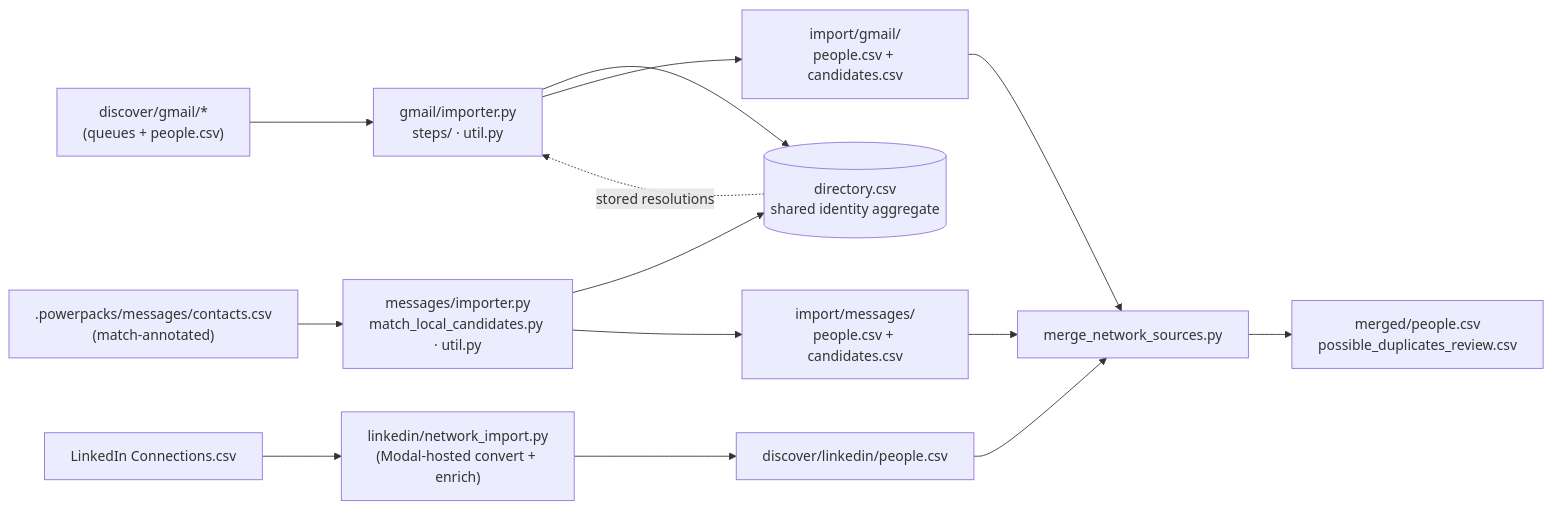
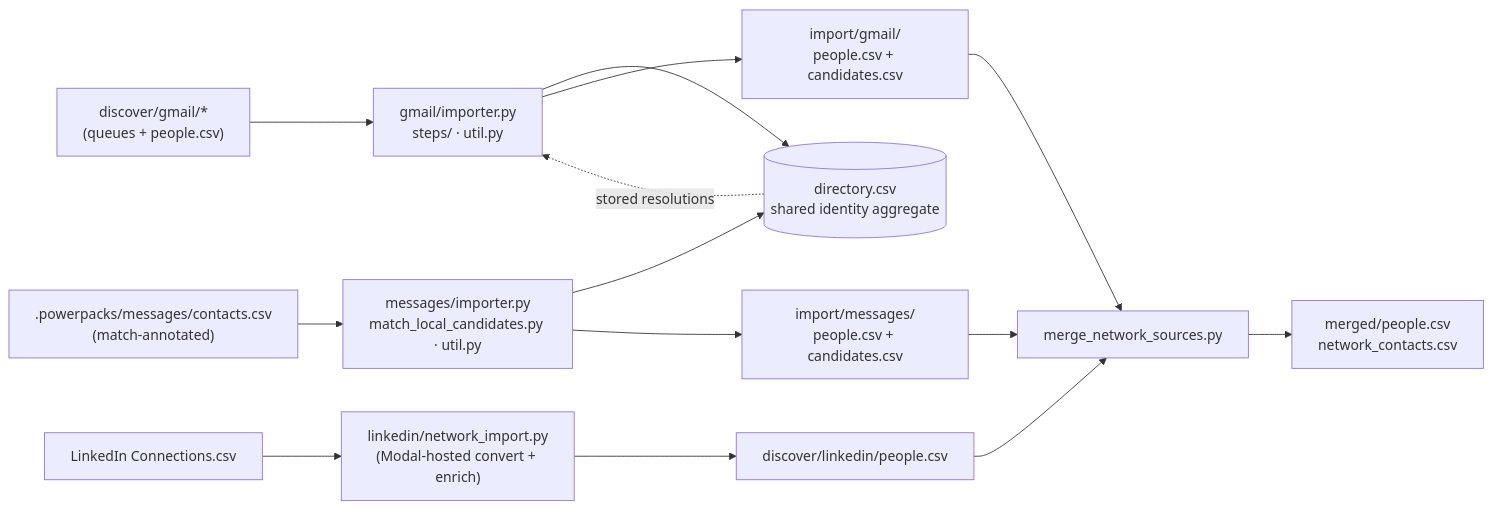
One commit to powerset-co/powerpacks changed the diagram in packs/ingestion/primitives/imports/README.md. Above: the diagram before and after it, drawn with Mermaid. The commit also changed other lines of this file and 7 other files, not shown here.

````diff
--- a/packs/ingestion/primitives/imports/README.md
+++ b/packs/ingestion/primitives/imports/README.md
@@ -29,24 +35,24 @@
 ```mermaid
 flowchart LR
   GDISC["discover/gmail/*<br/>(queues + people.csv)"]
   MDISC[".powerpacks/messages/contacts.csv<br/>(match-annotated)"]
   LCSV["LinkedIn Connections.csv"]
 
   GDISC --> GIMP["gmail/importer.py<br/>steps/ · util.py"]
   MDISC --> MIMP["messages/importer.py<br/>match_local_candidates.py · util.py"]
   LCSV --> LIMP["linkedin/network_import.py<br/>(Modal-hosted convert + enrich)"]
 
   DIR[("directory.csv<br/>shared identity aggregate")]
   GIMP --> DIR
   MIMP --> DIR
   DIR -. stored resolutions .-> GIMP
 
   GIMP --> GP["import/gmail/<br/>people.csv + candidates.csv"]
   MIMP --> MP["import/messages/<br/>people.csv + candidates.csv"]
   LIMP --> LP["discover/linkedin/people.csv"]
 
   GP --> FANIN["merge_network_sources.py"]
   MP --> FANIN
   LP --> FANIN
-  FANIN --> MERGED["merged/people.csv<br/>possible_duplicates_review.csv"]
+  FANIN --> MERGED["merged/people.csv<br/>network_contacts.csv"]
 ```
````
